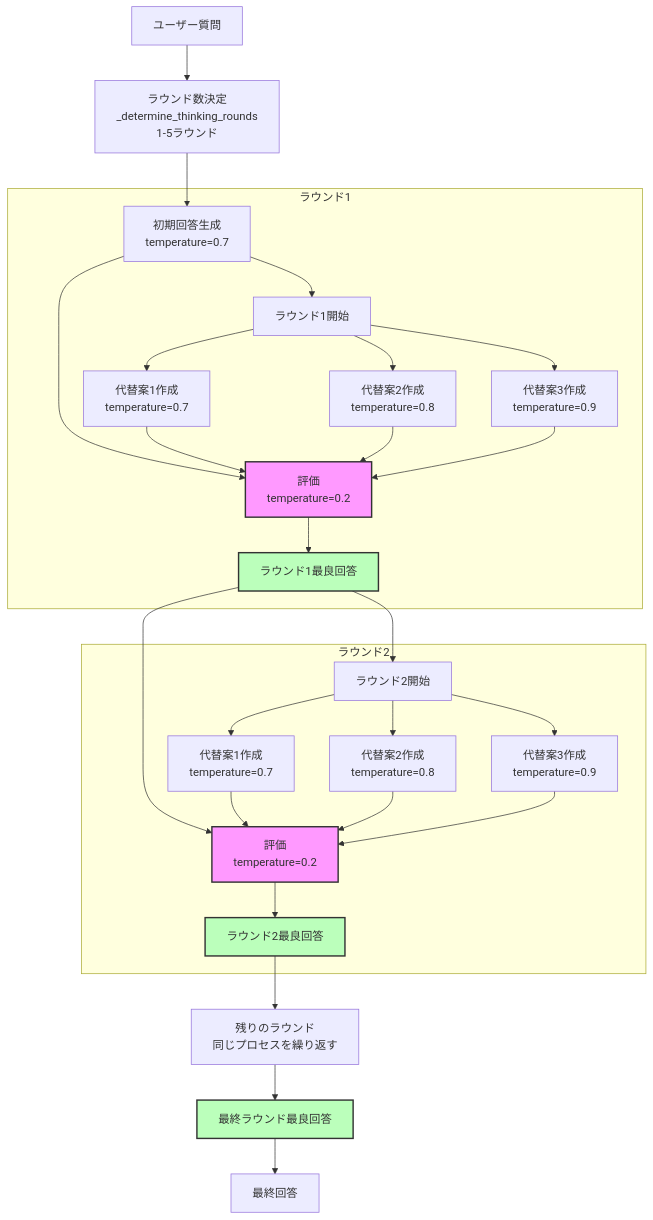
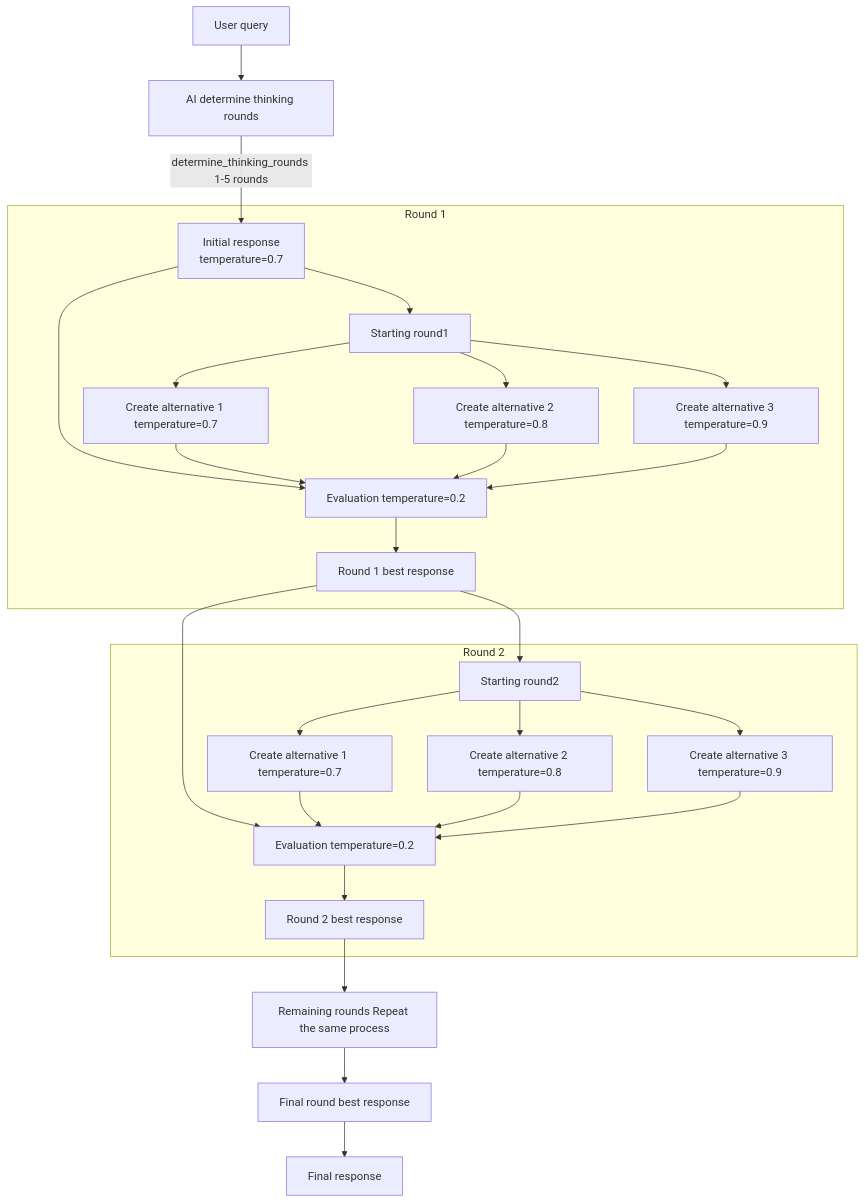
One commit to KunihiroS/cort-mcp changed the diagram in README.md. Above: the diagram before and after it, drawn with Mermaid. The commit also changed other lines of this file, not shown here.

Commit message:
Update README.md to enhance clarity and detail; improve feature descriptions, add logging requirements, and refine evaluation prompt information.

````diff
--- a/README.md
+++ b/README.md
@@ -320,39 +82,32 @@
 ```mermaid
+flowchart TB
+    Start[User query] --> DetermineRounds[AI determine thinking rounds]
+    DetermineRounds -->|determine_thinking_rounds 1-5 rounds| InitialResponse[Initial response\ntemperature=0.7]
 
-flowchart TB
-    Start[ユーザー質問] --> DetermineRounds[ラウンド数決定\n_determine_thinking_rounds\n1-5ラウンド]
-    DetermineRounds --> InitialResponse[初期回答生成\ntemperature=0.7]
-    
-    InitialResponse --> Round1[ラウンド1開始]
-    
-    subgraph "ラウンド1"
-        Round1 --> R1A1[代替案1作成\ntemperature=0.7]
-        Round1 --> R1A2[代替案2作成\ntemperature=0.8]
-        Round1 --> R1A3[代替案3作成\ntemperature=0.9]
-        
-        InitialResponse & R1A1 & R1A2 & R1A3 --> R1Eval[評価\ntemperature=0.2]
-        R1Eval --> R1Best[ラウンド1最良回答]
+    InitialResponse --> Round1[Starting round1]
+
+    subgraph "Round 1"
+        Round1 --> R1A1[Create alternative 1 temperature=0.7]
+        Round1 --> R1A2[Create alternative 2 temperature=0.8]
+        Round1 --> R1A3[Create alternative 3 temperature=0.9]
+
+        InitialResponse & R1A1 & R1A2 & R1A3 --> R1Eval[Evaluation temperature=0.2]
+        R1Eval --> R1Best[Round 1 best response]
     end
-    
-    R1Best --> Round2[ラウンド2開始]
-    
-    subgraph "ラウンド2"
-        Round2 --> R2A1[代替案1作成\ntemperature=0.7]
-        Round2 --> R2A2[代替案2作成\ntemperature=0.8]
-        Round2 --> R2A3[代替案3作成\ntemperature=0.9]
-        
-        R1Best & R2A1 & R2A2 & R2A3 --> R2Eval[評価\ntemperature=0.2]
-        R2Eval --> R2Best[ラウンド2最良回答]
+
+    R1Best --> Round2[Starting round2]
+
+    subgraph "Round 2"
+        Round2 --> R2A1[Create alternative 1 temperature=0.7]
+        Round2 --> R2A2[Create alternative 2 temperature=0.8]
+        Round2 --> R2A3[Create alternative 3 temperature=0.9]
+
+        R1Best & R2A1 & R2A2 & R2A3 --> R2Eval[Evaluation temperature=0.2]
+        R2Eval --> R2Best[Round 2 best response]
     end
-    
-    R2Best --> Remaining[残りのラウンド\n同じプロセスを繰り返す]
-    Remaining --> FinalBest[最終ラウンド最良回答]
-    
-    FinalBest --> FinalResponse[最終回答]
-    
-    classDef eval fill:#f9f,stroke:#333,stroke-width:2px;
-    classDef best fill:#bfb,stroke:#333,stroke-width:2px;
-    class R1Eval,R2Eval eval;
-    class R1Best,R2Best,FinalBest best;
 
+    R2Best --> Remaining[Remaining rounds Repeat the same process]
+    Remaining --> FinalBest[Final round best response]
+
+    FinalBest --> FinalResponse[Final response]
 ```
````
